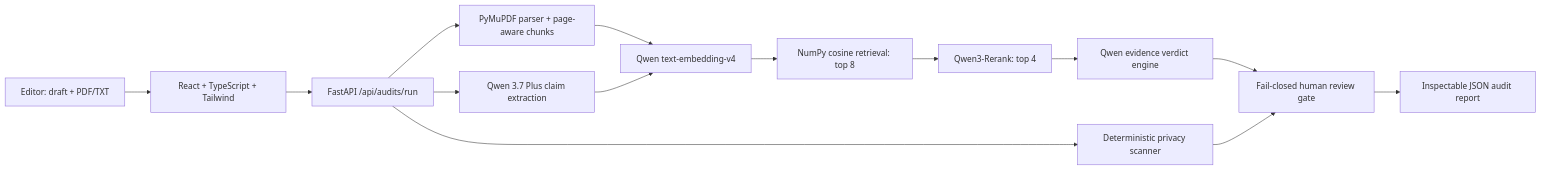
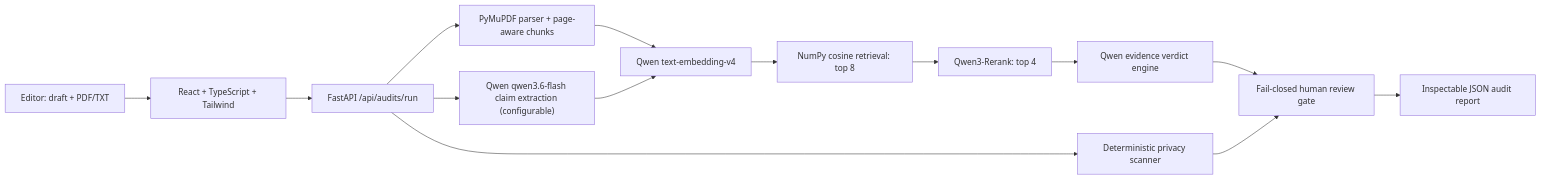
The diagram in README.md (siddhi1703/proofpilot), drawn with Mermaid before and after one commit. The commit also changed other lines of this file and 56 other files, not shown here.

````diff
--- a/README.md
+++ b/README.md
@@ -23,16 +23,16 @@
 ```mermaid
 flowchart LR
     U["Editor: draft + PDF/TXT"] --> UI["React + TypeScript + Tailwind"]
     UI --> API["FastAPI /api/audits/run"]
     API --> P["PyMuPDF parser + page-aware chunks"]
-    API --> C["Qwen 3.7 Plus claim extraction"]
+    API --> C["Qwen qwen3.6-flash claim extraction (configurable)"]
     P --> E["Qwen text-embedding-v4"]
     C --> E
     E --> R["NumPy cosine retrieval: top 8"]
     R --> RR["Qwen3-Rerank: top 4"]
     RR --> V["Qwen evidence verdict engine"]
     API --> PI["Deterministic privacy scanner"]
     V --> G["Fail-closed human review gate"]
     PI --> G
     G --> REP["Inspectable JSON audit report"]
 ```
````
